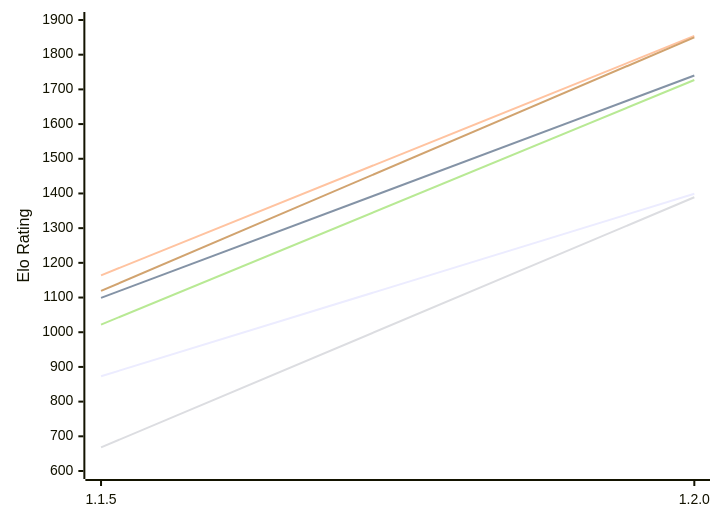
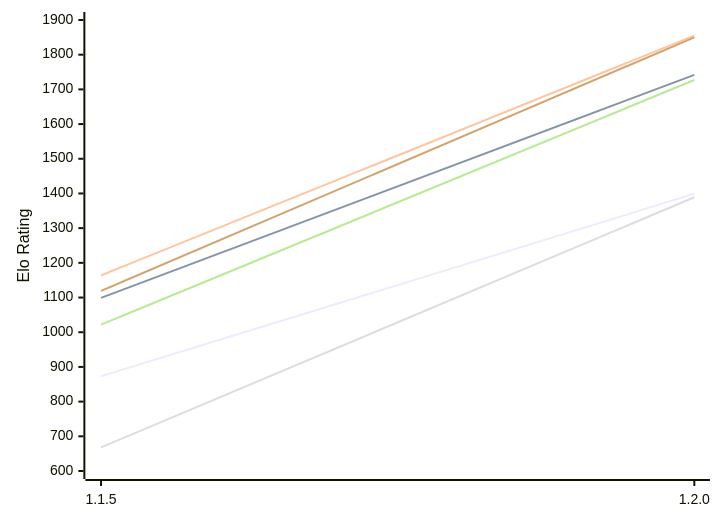
One commit to computer-chess-index/cci changed the first of 2 diagrams in engines/ChessCore.md. Above: the diagram before and after it, drawn with Mermaid. The commit also changed other lines of this file, not shown here.

Commit message:
Update CCI Ratings (ELO VLTC) - 2026-11-26

````diff
--- a/engines/ChessCore.md
+++ b/engines/ChessCore.md
@@ -53,12 +53,12 @@
 ```mermaid
 %%{init: {"theme":"base","themeVariables":{"seriesColors:['#a3a3a3','#222221','#faa371']}}}%%
 xychart-beta
   x-axis ["1.1.5", "1.2.0"]
   y-axis "Elo Rating" 600 --> 1900
   line "E1: STC (8.0+0.08s)" [873, 1399]
-  line "E1: LTC (60.0+0.60s)" [1099, 1740]
-  line "E1: VLTC (2m24s+1.12s)" [1164, 1854]
+  line "E1: LTC (60.0+0.60s)" [1099, 1742]
+  line "E1: VLTC (2m24s+1.12s)" [1164, 1855]
   line "P1: STC (8.0+0.08s)" [668, 1389]
   line "P1: LTC (60.0+0.60s)" [1022, 1727]
   line "P1: VLTC (2m24s+1.12s)" [1119, 1850]
 ```
````
